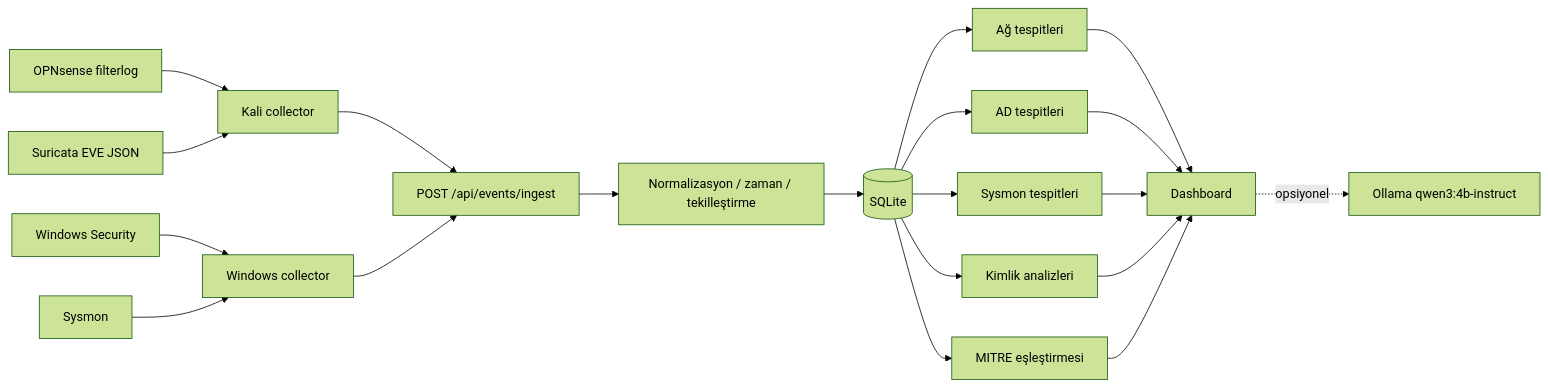
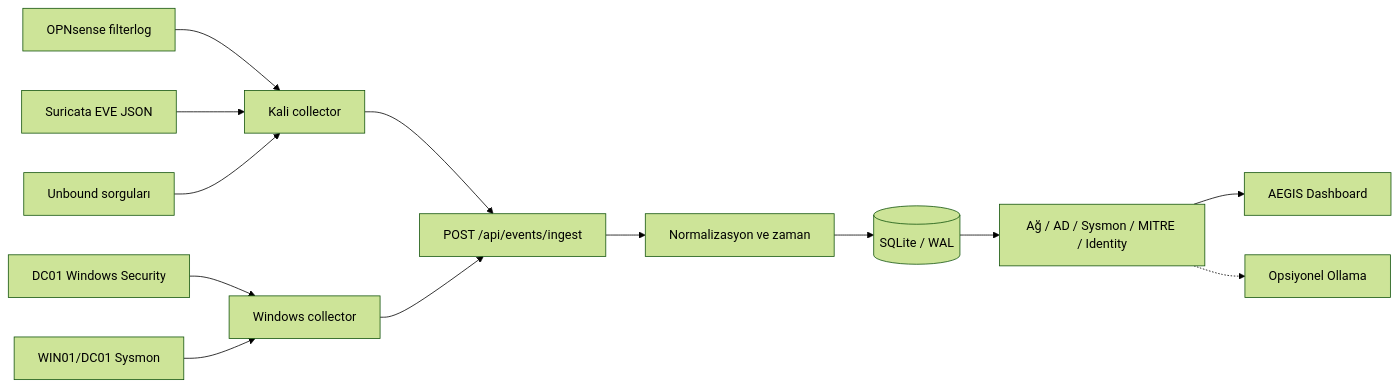
Before and after one commit to mahirkau1/AEGIS-SOC: the third of 4 diagrams in README.md, drawn with Mermaid (forest theme). The commit also changed other lines of this file and 49 other files, not shown here.

````diff
--- a/README.md
+++ b/README.md
@@ -112,22 +279,15 @@
 ```mermaid
 flowchart LR
-    A[OPNsense filterlog] --> C[Kali collector]
-    B[Suricata EVE JSON] --> C
-    D[Windows Security] --> E[Windows collector]
-    F[Sysmon] --> E
-    C --> G[POST /api/events/ingest]
-    E --> G
-    G --> H[Normalizasyon / zaman / tekilleştirme]
-    H --> I[(SQLite)]
-    I --> J[Ağ tespitleri]
-    I --> K[AD tespitleri]
-    I --> L[Sysmon tespitleri]
-    I --> M[Kimlik analizleri]
-    I --> N[MITRE eşleştirmesi]
-    J --> O[Dashboard]
-    K --> O
-    L --> O
-    M --> O
-    N --> O
-    O -. opsiyonel .-> P[Ollama qwen3:4b-instruct]
+    FW[OPNsense filterlog] --> KC[Kali collector]
+    IDS[Suricata EVE JSON] --> KC
+    DNS[Unbound sorguları] --> KC
+    AD[DC01 Windows Security] --> WC[Windows collector]
+    SYS[WIN01/DC01 Sysmon] --> WC
+    KC --> API[POST /api/events/ingest]
+    WC --> API
+    API --> PARSE[Normalizasyon ve zaman]
+    PARSE --> DB[(SQLite / WAL)]
+    DB --> DET[Ağ / AD / Sysmon / MITRE / Identity]
+    DET --> DASH[AEGIS Dashboard]
+    DET -.-> AI[Opsiyonel Ollama]
 ```
````
